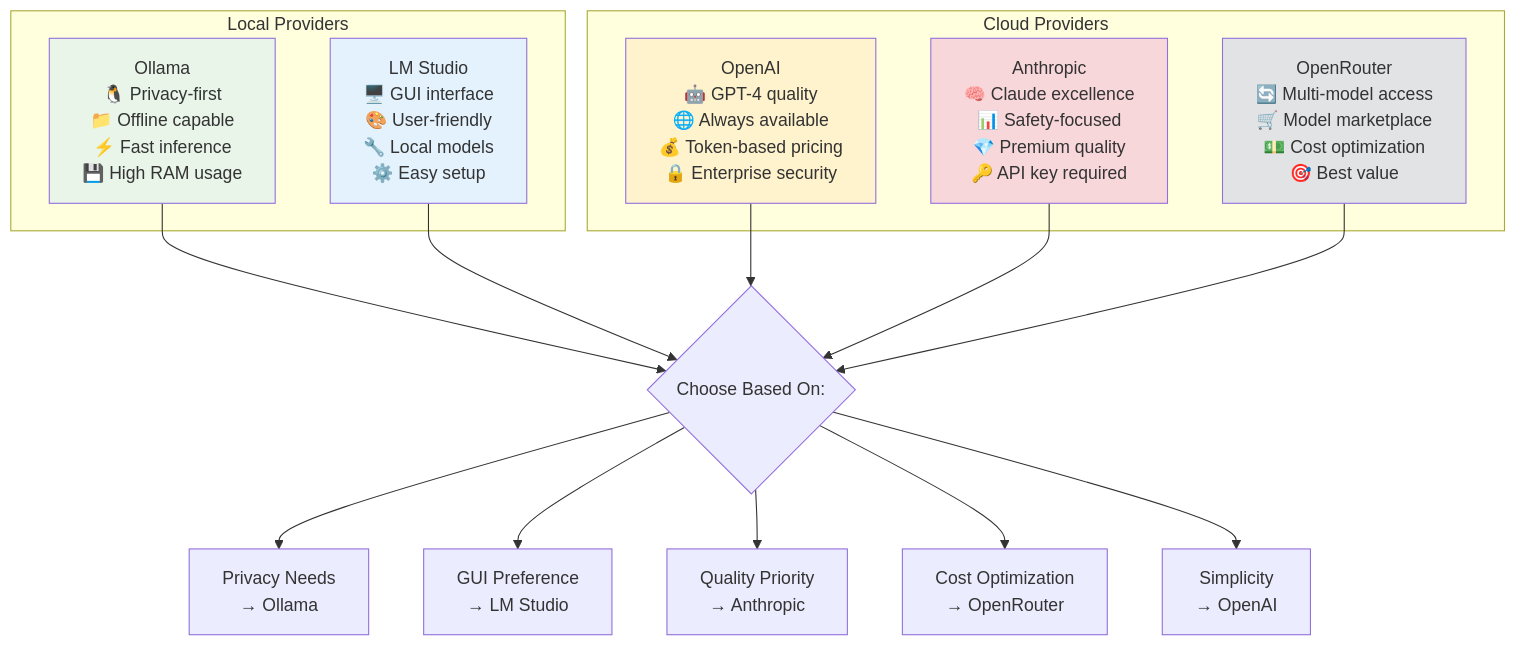
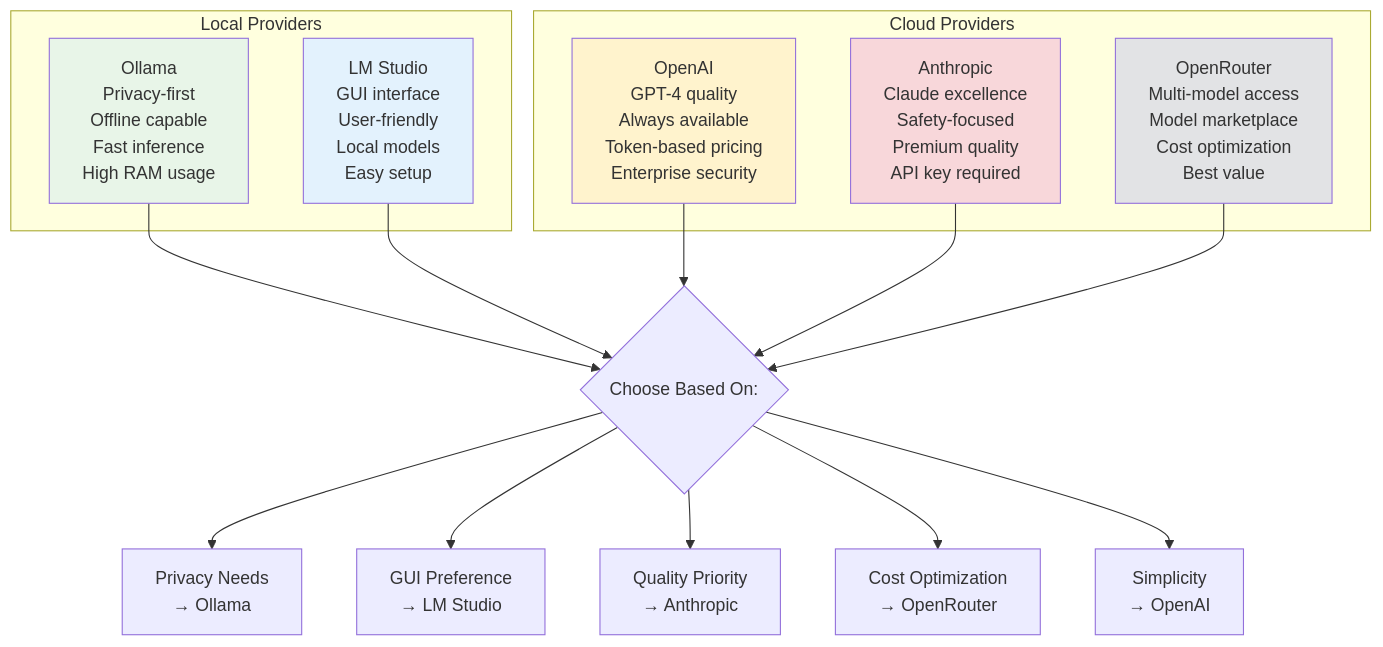
One commit to po4yka/obsidian-to-anki changed the fifth of 7 diagrams in README.md. Above: the diagram before and after it, drawn with Mermaid. The commit also changed other lines of this file and 13 other files, not shown here.

````diff
--- a/README.md
+++ b/README.md
@@ -285,31 +285,31 @@
 ```mermaid
 graph TD
     subgraph "Local Providers"
-        A[Ollama<br/>🐧 Privacy-first<br/>📁 Offline capable<br/>⚡ Fast inference<br/>💾 High RAM usage]
-        B[LM Studio<br/>🖥️ GUI interface<br/>🎨 User-friendly<br/>🔧 Local models<br/>⚙️ Easy setup]
+        A[Ollama<br/>Privacy-first<br/>Offline capable<br/>Fast inference<br/>High RAM usage]
+        B[LM Studio<br/>GUI interface<br/>User-friendly<br/>Local models<br/>Easy setup]
     end
 
     subgraph "Cloud Providers"
-        C[OpenAI<br/>🤖 GPT-4 quality<br/>🌐 Always available<br/>💰 Token-based pricing<br/>🔒 Enterprise security]
-        D[Anthropic<br/>🧠 Claude excellence<br/>📊 Safety-focused<br/>💎 Premium quality<br/>🔑 API key required]
-        E[OpenRouter<br/>🔄 Multi-model access<br/>🛒 Model marketplace<br/>💵 Cost optimization<br/>🎯 Best value]
+        C[OpenAI<br/>GPT-4 quality<br/>Always available<br/>Token-based pricing<br/>Enterprise security]
+        D[Anthropic<br/>Claude excellence<br/>Safety-focused<br/>Premium quality<br/>API key required]
+        E[OpenRouter<br/>Multi-model access<br/>Model marketplace<br/>Cost optimization<br/>Best value]
     end
 
     A --> F{Choose Based On:}
     B --> F
     C --> F
     D --> F
     E --> F
 
     F --> G[Privacy Needs<br/>→ Ollama]
     F --> H[GUI Preference<br/>→ LM Studio]
     F --> I[Quality Priority<br/>→ Anthropic]
     F --> J[Cost Optimization<br/>→ OpenRouter]
     F --> K[Simplicity<br/>→ OpenAI]
 
     style A fill:#e8f5e8
     style B fill:#e3f2fd
     style C fill:#fff3cd
     style D fill:#f8d7da
     style E fill:#e2e3e5
 ```
````
